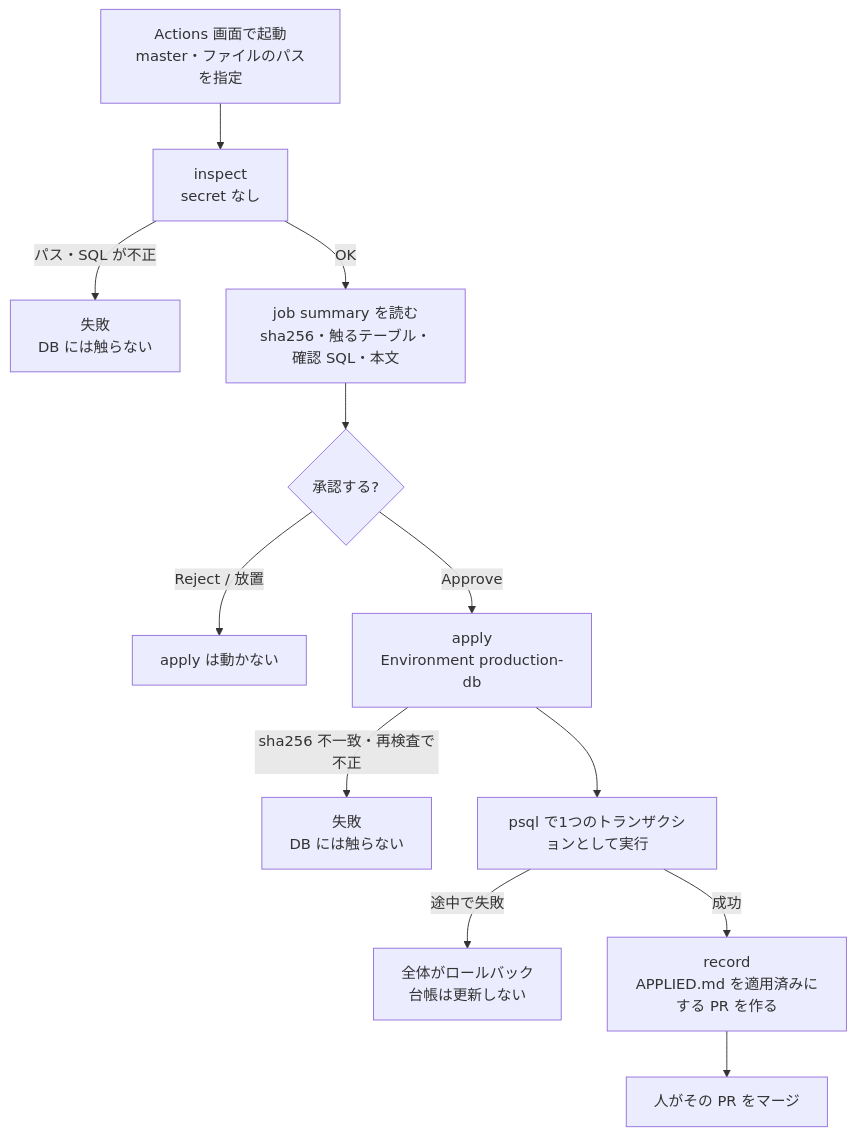
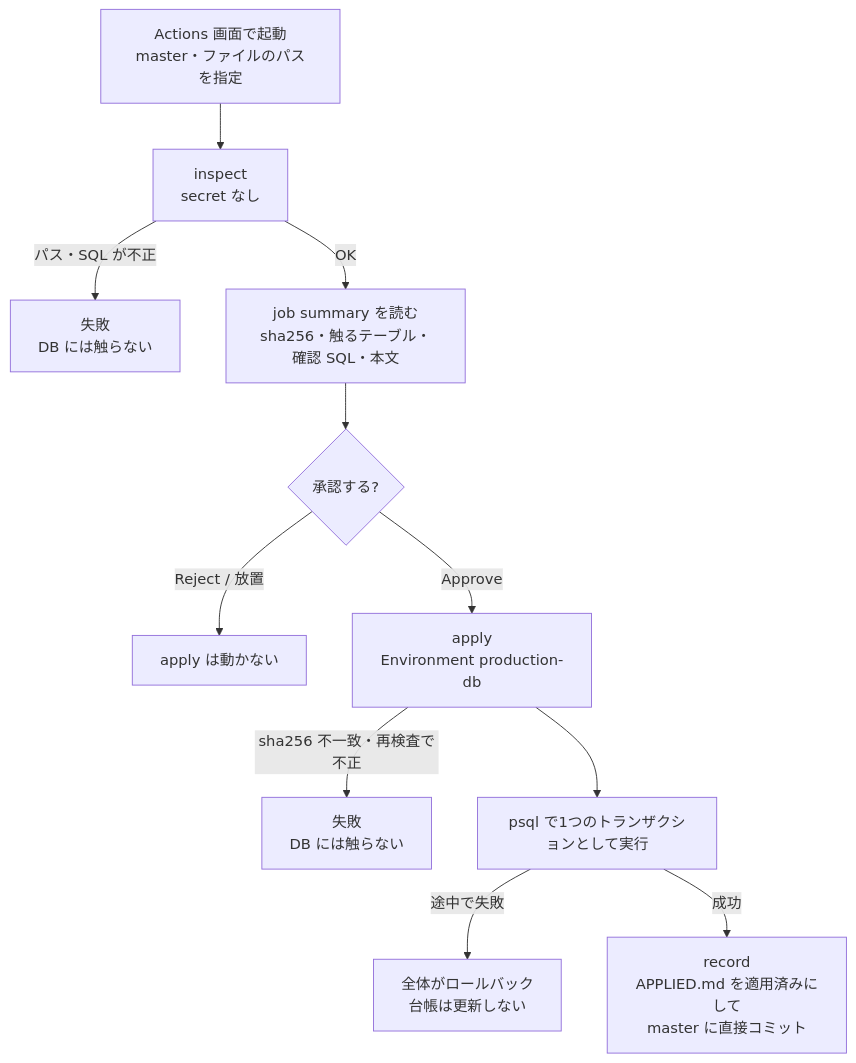
Before and after one commit to rhapsody0919/boatrace-ai-predictor: the diagram in docs/operation/db-apply.md, drawn with Mermaid. The commit also changed other lines of this file and 4 other files, not shown here.

````diff
--- a/docs/operation/db-apply.md
+++ b/docs/operation/db-apply.md
@@ -13,14 +13,13 @@
 ```mermaid
 flowchart TD
   A[Actions 画面で起動<br/>master・ファイルのパスを指定] --> B[inspect<br/>secret なし]
   B -->|パス・SQL が不正| X[失敗<br/>DB には触らない]
   B -->|OK| C[job summary を読む<br/>sha256・触るテーブル・確認 SQL・本文]
   C --> D{承認する?}
   D -->|Reject / 放置| Y[apply は動かない]
   D -->|Approve| E[apply<br/>Environment production-db]
   E -->|sha256 不一致・再検査で不正| X2[失敗<br/>DB には触らない]
   E --> F[psql で1つのトランザクションとして実行]
   F -->|途中で失敗| R[全体がロールバック<br/>台帳は更新しない]
-  F -->|成功| G[record<br/>APPLIED.md を適用済みにする PR を作る]
-  G --> H[人がその PR をマージ]
+  F -->|成功| G[record<br/>APPLIED.md を適用済みにして<br/>master に直接コミット]
 ```
````
